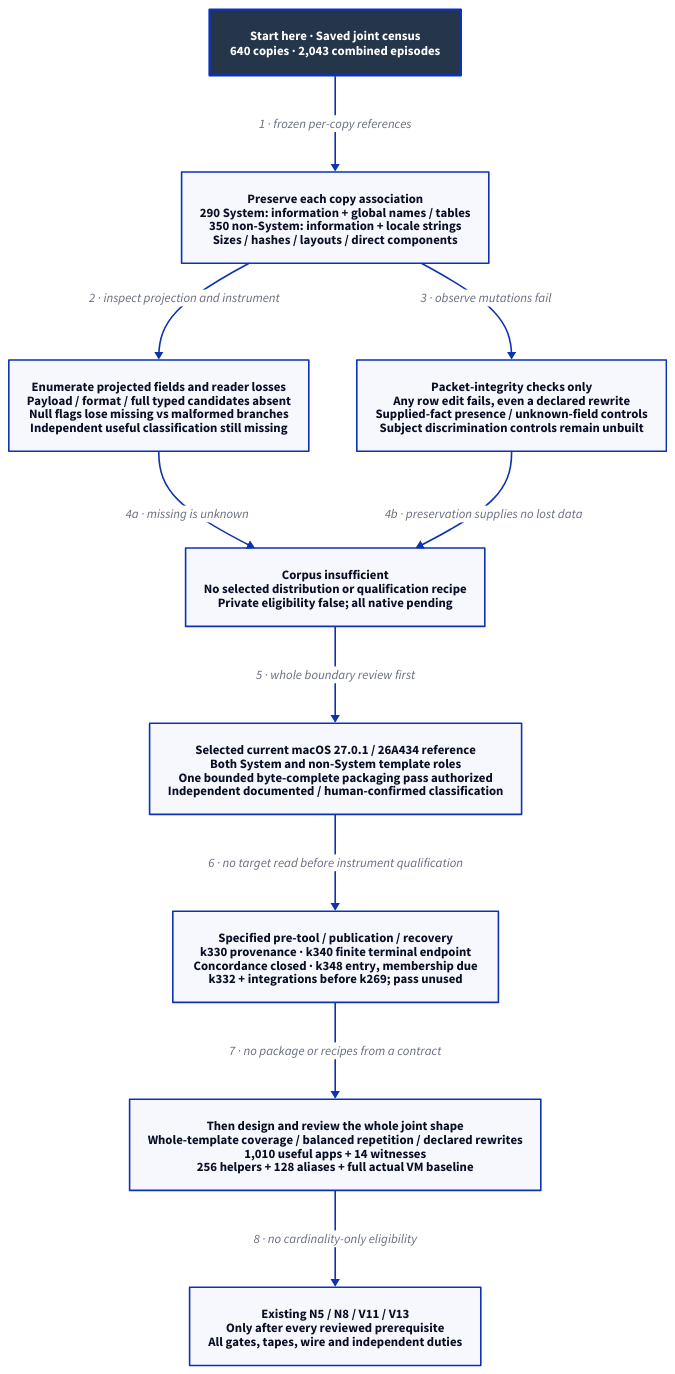
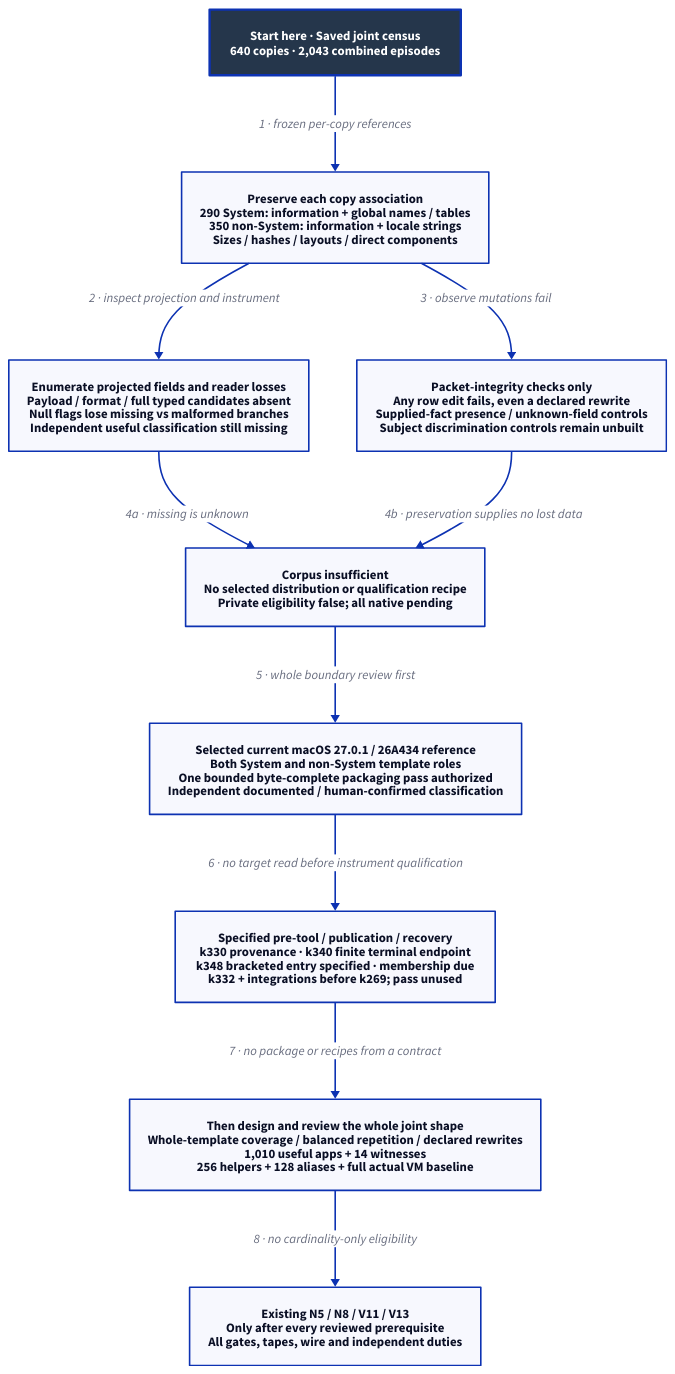
Before and after one commit to Linkuistics/Koine: the diagram in docs/design/architecture/native-population-metadata-shape.d2, drawn with D2. The commit also changed 33 other files, not shown here.

Commit message:
Specify bracketed inter-checkpoint publication entry under Antony's answer (reference-evidence-intercheckpoint-publication-entry-k348)

```diff
--- a/docs/design/architecture/native-population-metadata-shape.d2
+++ b/docs/design/architecture/native-population-metadata-shape.d2
@@ -1,23 +1,23 @@
-# Specified k331 mechanisms; k348 entry, k344 membership and k332 review precede use.
+# Specified k331 mechanisms and k348 bracketed entry; k344 membership and k332 review precede use.
 direction: down
 classes: {
   start: {style: {fill: "#25364B"; font-color: "#FFFFFF"; bold: true; stroke-width: 3}}
 }
 Start: "Start here · Saved joint census\n640 copies · 2,043 combined episodes" {class: start}
 Known: "Preserve each copy association\n290 System: information + global names / tables\n350 non-System: information + locale strings\nSizes / hashes / layouts / direct components"
 Missing: "Enumerate projected fields and reader losses\nPayload / format / full typed candidates absent\nNull flags lose missing vs malformed branches\nIndependent useful classification still missing"
 Control: "Packet-integrity checks only\nAny row edit fails, even a declared rewrite\nSupplied-fact presence / unknown-field controls\nSubject discrimination controls remain unbuilt"
 Boundary: "Corpus insufficient\nNo selected distribution or qualification recipe\nPrivate eligibility false; all native pending"
 Decision: "Selected current macOS 27.0.1 / 26A434 reference\nBoth System and non-System template roles\nOne bounded byte-complete packaging pass authorized\nIndependent documented / human-confirmed classification"
-Contract: "Specified pre-tool / publication / recovery\nk330 provenance · k340 finite terminal endpoint\nConcordance closed · k348 entry, membership due\nk332 + integrations before k269; pass unused"
+Contract: "Specified pre-tool / publication / recovery\nk330 provenance · k340 finite terminal endpoint\nk348 bracketed entry specified · membership due\nk332 + integrations before k269; pass unused"
 Design: "Then design and review the whole joint shape\nWhole-template coverage / balanced repetition / declared rewrites\n1,010 useful apps + 14 witnesses\n256 helpers + 128 aliases + full actual VM baseline"
 Native: "Existing N5 / N8 / V11 / V13\nOnly after every reviewed prerequisite\nAll gates, tapes, wire and independent duties"
 Start -> Known: "1 · frozen per-copy references"
 Known -> Missing: "2 · inspect projection and instrument"
 Known -> Control: "3 · observe mutations fail"
 Missing -> Boundary: "4a · missing is unknown"
 Control -> Boundary: "4b · preservation supplies no lost data"
 Boundary -> Decision: "5 · whole boundary review first"
 Decision -> Contract: "6 · no target read before instrument qualification"
 Contract -> Design: "7 · no package or recipes from a contract"
 Design -> Native: "8 · no cardinality-only eligibility"
```
